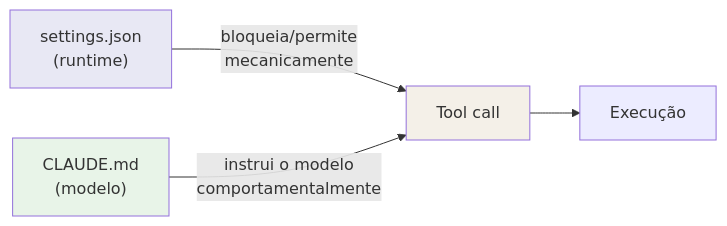
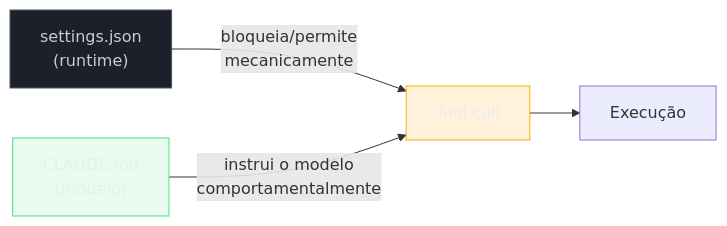
The first of 2 diagrams in 03-Dominios/Tecnologia/IA/Claude Code/Configuração/04 - settings.json.md (josenaldo/codex-technomanticus), drawn with Mermaid before and after one commit. The commit also changed 1181 other files, not shown here.

First line of the commit message:
fix(diagramas): paleta do sistema no lugar de cor cravada no markdown

````diff
--- a/03-Dominios/Tecnologia/IA/Claude Code/Configuração/04 - settings.json.md
+++ b/03-Dominios/Tecnologia/IA/Claude Code/Configuração/04 - settings.json.md
@@ -30,9 +30,12 @@
 ```mermaid
 flowchart LR
+    classDef neutro fill:#1B2029,stroke:#4E5666,color:#C6CCD8
+    classDef ok fill:#4ADE8021,stroke:#4ADE80,color:#E9ECF2
+    classDef destaque fill:#FFAA0024,stroke:#FFAA00,color:#E9ECF2
     Settings["settings.json\n(runtime)"] -- "bloqueia/permite\nmecanicamente" --> ToolCall["Tool call"]
     CLAUDE["CLAUDE.md\n(modelo)"] -- "instrui o modelo\ncomportamentalmente" --> ToolCall
     ToolCall --> Exec["Execução"]
-    style Settings fill:#e8e8f4
-    style CLAUDE fill:#e8f4e8
-    style ToolCall fill:#f4f0e8
+    class Settings neutro
+    class CLAUDE ok
+    class ToolCall destaque
 ```
````
